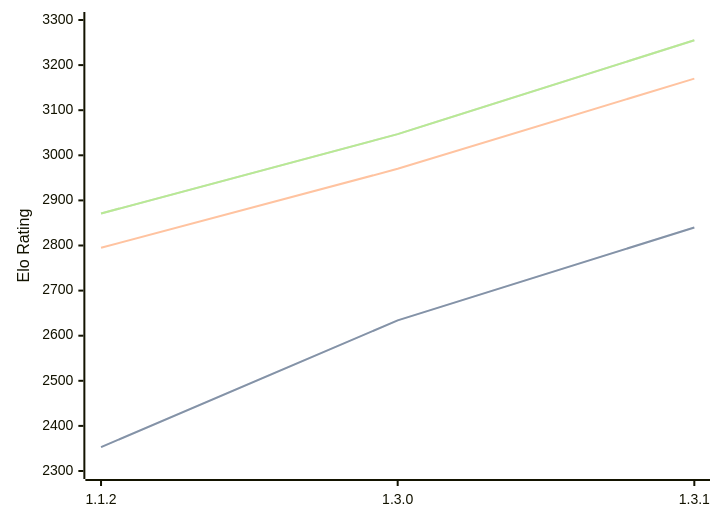
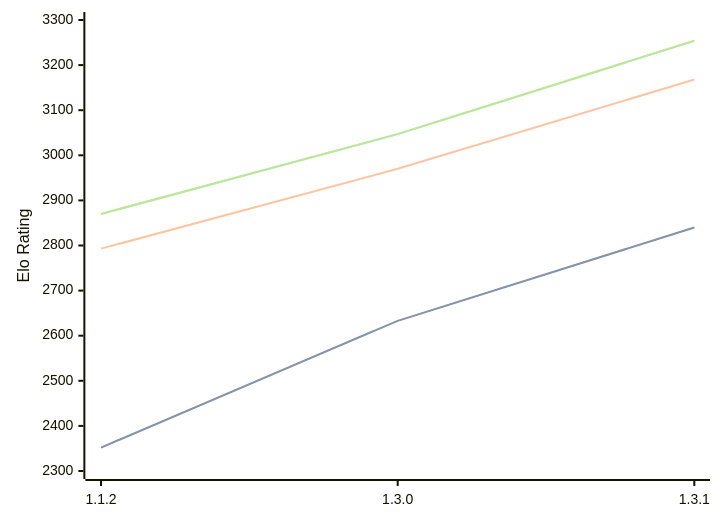
The diagram in engines/Ember.md (computer-chess-index/cci), drawn with Mermaid before and after one commit. The commit also changed other lines of this file, not shown here.

Commit message:
Update CCI Ratings (ELO VLTC) - 2026-10-01

````diff
--- a/engines/Ember.md
+++ b/engines/Ember.md
@@ -42,11 +42,11 @@
 ```mermaid
 %%{init: {"theme":"base","themeVariables":{"seriesColors:['#a3a3a3','#222221','#faa371']}}}%%
 xychart-beta
   x-axis ["1.1.2", "1.3.0", "1.3.1"]
   y-axis "Elo Rating" 2300 --> 3300
-  line "" [2353, 2634, 2840]
-  line "STC (8.0+0.08s)" [2353, 2634, 2840]
-  line "LTC (60.0+0.60s)" [2795, 2970, 3170]
-  line "" [2871, 3047, 3255]
-  line "VLTC (2m24s+1.12s)" [2871, 3047, 3255]
+  line "" [2352, 2633, 2840]
+  line "STC (8.0+0.08s)" [2352, 2633, 2840]
+  line "LTC (60.0+0.60s)" [2793, 2970, 3168]
+  line "" [2870, 3047, 3254]
+  line "VLTC (2m24s+1.12s)" [2870, 3047, 3254]
 ```
````
